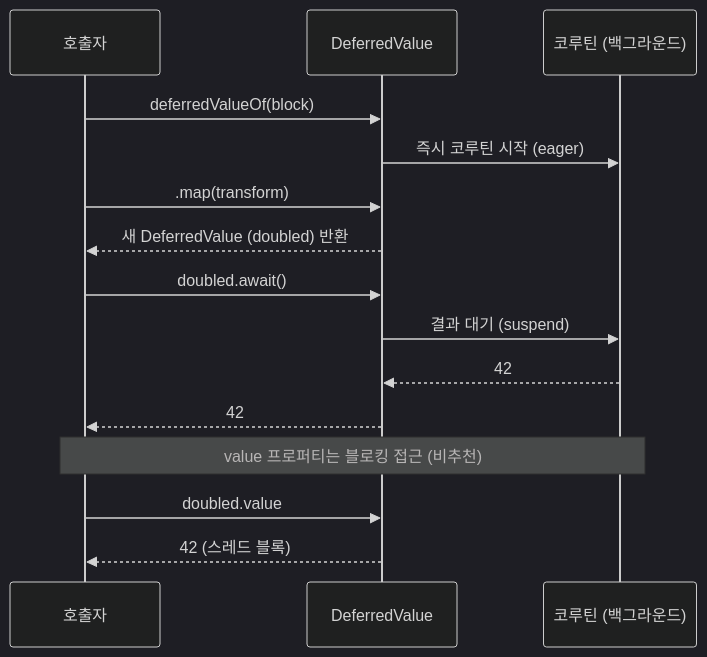
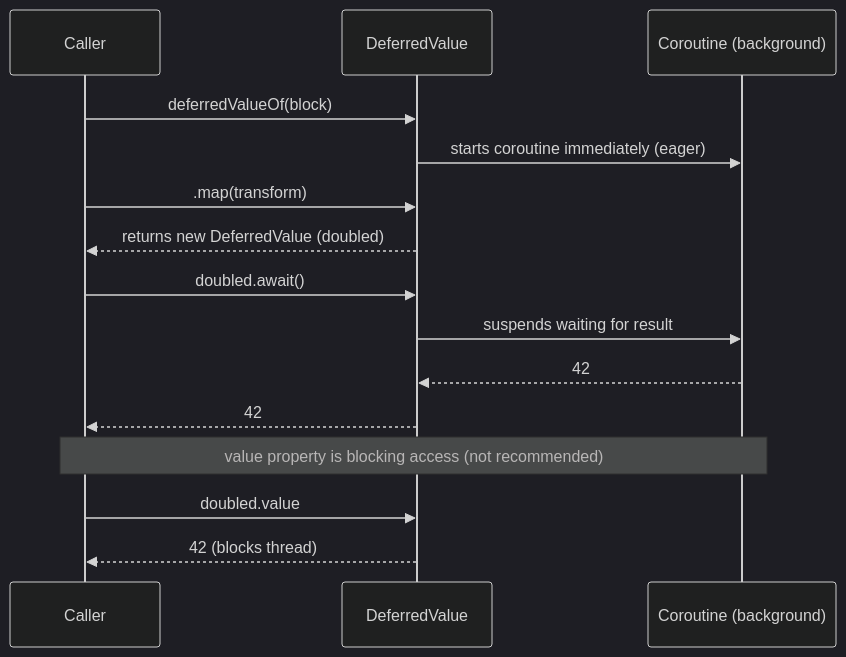
One commit to bluetape4k/bluetape4k-projects changed the second of 15 diagrams in bluetape4k/coroutines/README.md. Above: the diagram before and after it, drawn with Mermaid (dark theme). The commit also changed other lines of this file and 265 other files, not shown here.

````diff
--- a/bluetape4k/coroutines/README.md
+++ b/bluetape4k/coroutines/README.md
@@ -215,21 +217,21 @@
 ```mermaid
 sequenceDiagram
-    participant C as 호출자
+    participant C as Caller
     participant DV as DeferredValue
-    participant Co as 코루틴 (백그라운드)
+    participant Co as Coroutine (background)
 
     C->>DV: deferredValueOf(block)
-    DV->>Co: 즉시 코루틴 시작 (eager)
+    DV->>Co: starts coroutine immediately (eager)
 
     C->>DV: .map(transform)
-    DV-->>C: 새 DeferredValue (doubled) 반환
+    DV-->>C: returns new DeferredValue (doubled)
 
     C->>DV: doubled.await()
-    DV->>Co: 결과 대기 (suspend)
+    DV->>Co: suspends waiting for result
     Co-->>DV: 42
     DV-->>C: 42
 
-    Note over C,Co: value 프로퍼티는 블로킹 접근 (비추천)
+    Note over C,Co: value property is blocking access (not recommended)
     C->>DV: doubled.value
-    DV-->>C: 42 (스레드 블록)
+    DV-->>C: 42 (blocks thread)
 ```
````
